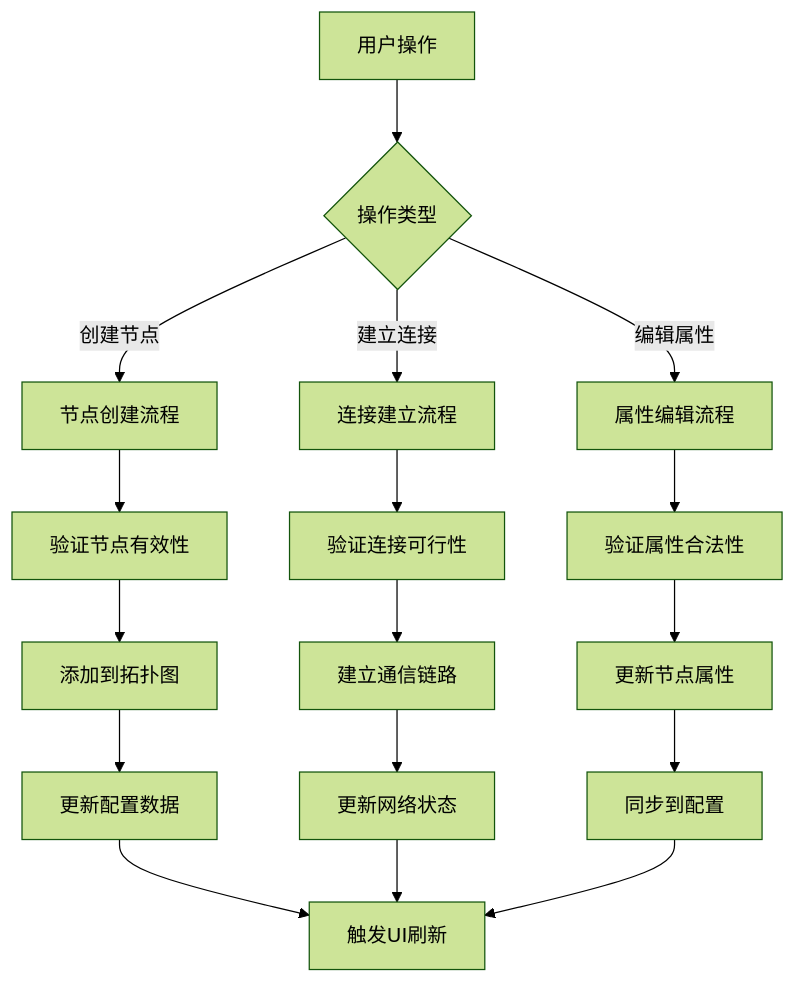
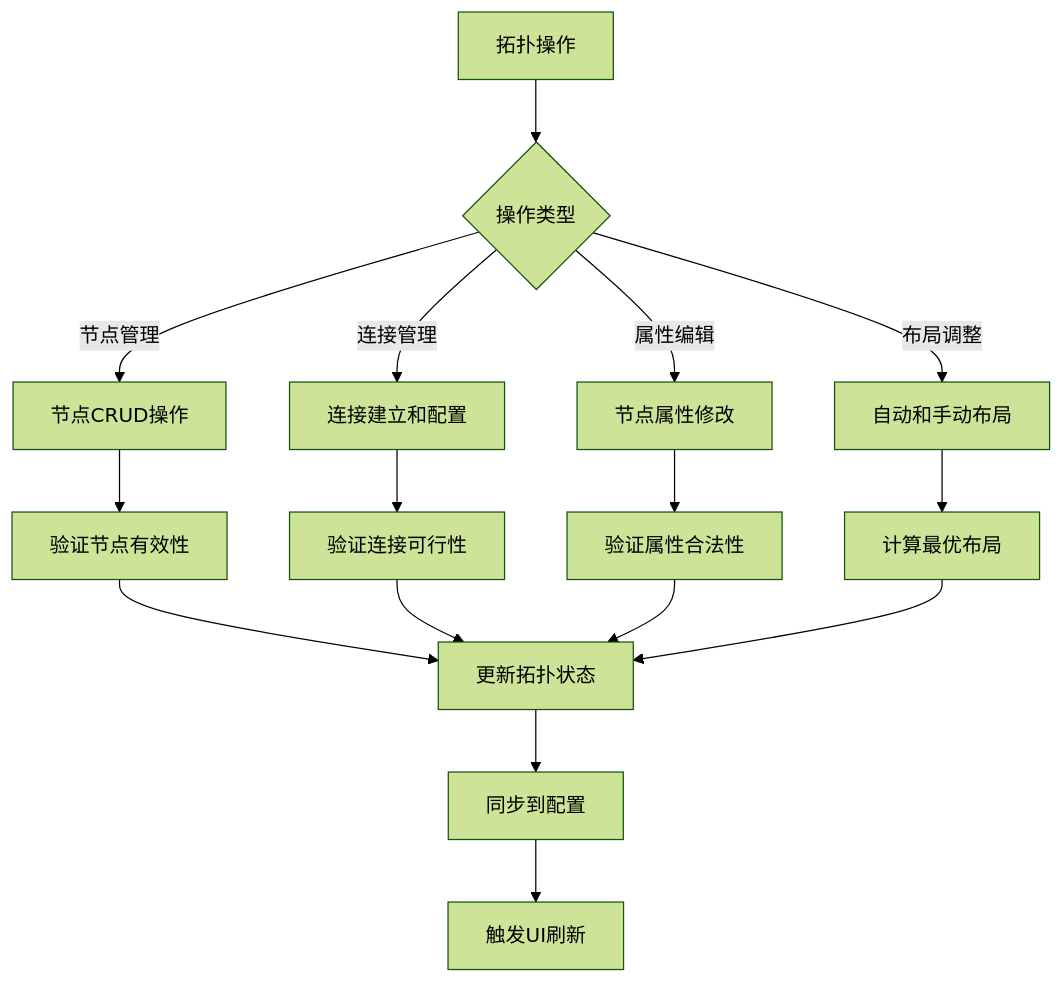
One commit to jakecai1225-design/OpenBus changed the fifth of 6 diagrams in .qoder/repowiki/zh/content/架构设计/UI系统设计/测量设置视图组件.md. Above: the diagram before and after it, drawn with Mermaid (forest theme). The commit also changed other lines of this file and 18 other files, not shown here.

````diff
--- a/.qoder/repowiki/zh/content/架构设计/UI系统设计/测量设置视图组件.md
+++ b/.qoder/repowiki/zh/content/架构设计/UI系统设计/测量设置视图组件.md
@@ -230,19 +281,18 @@
 ```mermaid
 flowchart TD
-A[用户操作] --> B{操作类型}
-B --> |创建节点| C[节点创建流程]
-B --> |建立连接| D[连接建立流程]
-B --> |编辑属性| E[属性编辑流程]
-C --> F[验证节点有效性]
-F --> G[添加到拓扑图]
-G --> H[更新配置数据]
-D --> I[验证连接可行性]
-I --> J[建立通信链路]
-J --> K[更新网络状态]
-E --> L[验证属性合法性]
-L --> M[更新节点属性]
-M --> N[同步到配置]
-H --> O[触发UI刷新]
-K --> O
-N --> O
+A[拓扑操作] --> B{操作类型}
+B --> |节点管理| C[节点CRUD操作]
+B --> |连接管理| D[连接建立和配置]
+B --> |属性编辑| E[节点属性修改]
+B --> |布局调整| F[自动和手动布局]
+C --> G[验证节点有效性]
+D --> H[验证连接可行性]
+E --> I[验证属性合法性]
+F --> J[计算最优布局]
+G --> K[更新拓扑状态]
+H --> K
+I --> K
+J --> K
+K --> L[同步到配置]
+L --> M[触发UI刷新]
 ```
````
